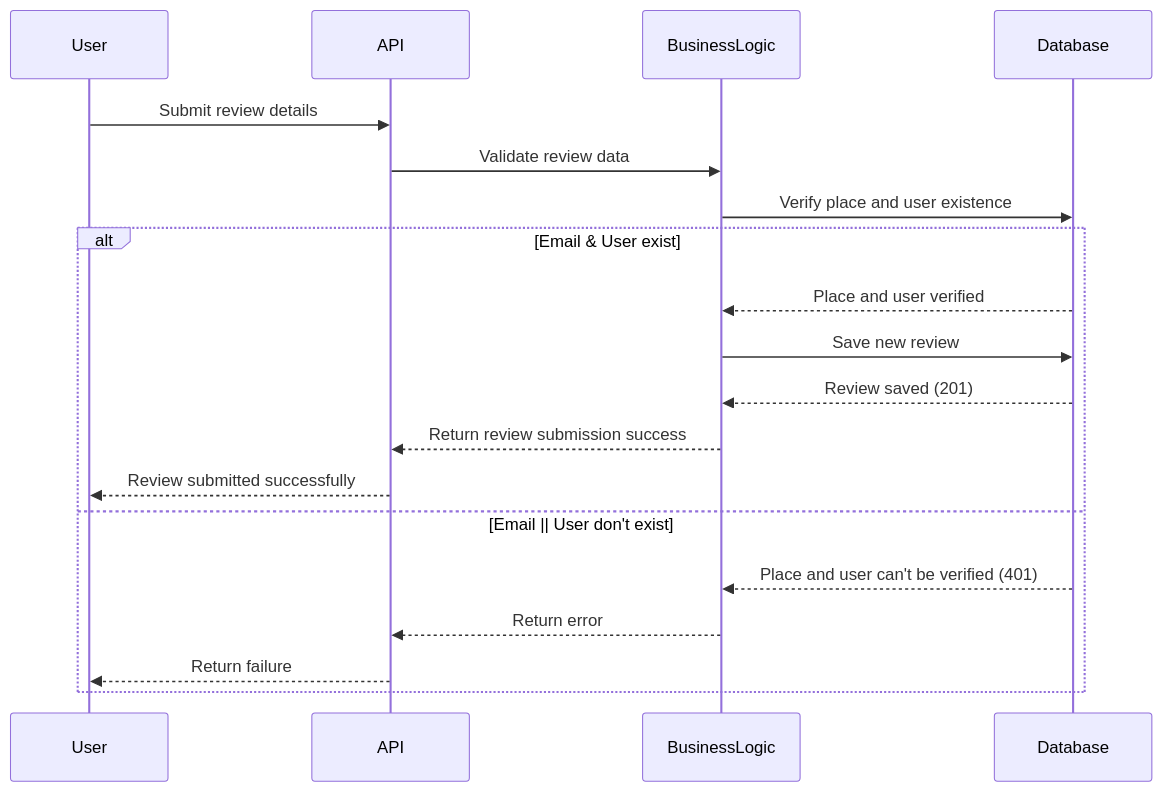
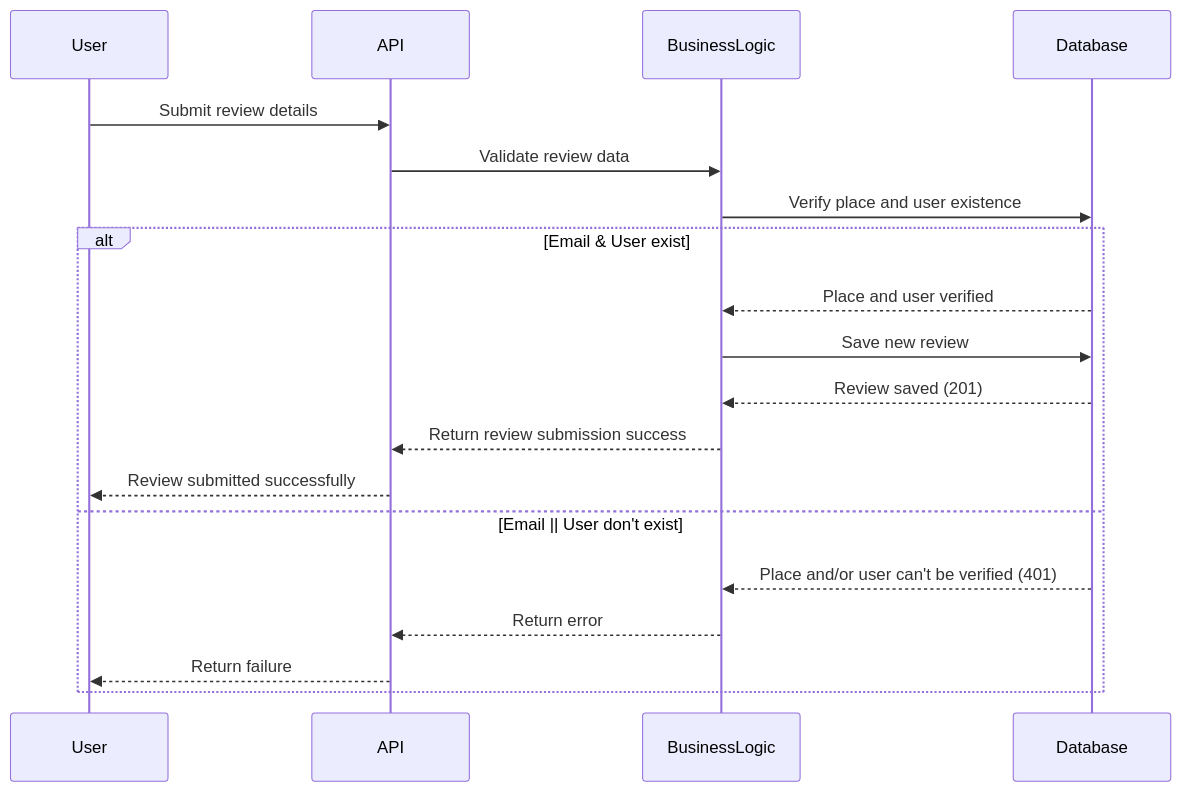
One commit to Basco64/HBNB_UML changed the diagram in 2.Review.md. Above: the diagram before and after it, drawn with Mermaid.

````diff
--- a/2.Review.md
+++ b/2.Review.md
@@ -1,23 +1,23 @@
 ```mermaid
 sequenceDiagram
     participant User
     participant API
     participant BusinessLogic
     participant Database
 
     User->>API: Submit review details
     API->>BusinessLogic: Validate review data
     BusinessLogic->>Database: Verify place and user existence
 
     alt Email & User exist
         Database-->>BusinessLogic: Place and user verified
         BusinessLogic->>Database: Save new review
         Database-->>BusinessLogic: Review saved (201)
         BusinessLogic-->>API: Return review submission success
         API-->>User: Review submitted successfully
     else Email || User don't exist
-        Database-->>BusinessLogic: Place and user can't be verified (401)
+        Database-->>BusinessLogic: Place and/or user can't be verified (401)
         BusinessLogic-->>API: Return error
         API-->>User: Return failure
     end
 ```
````
